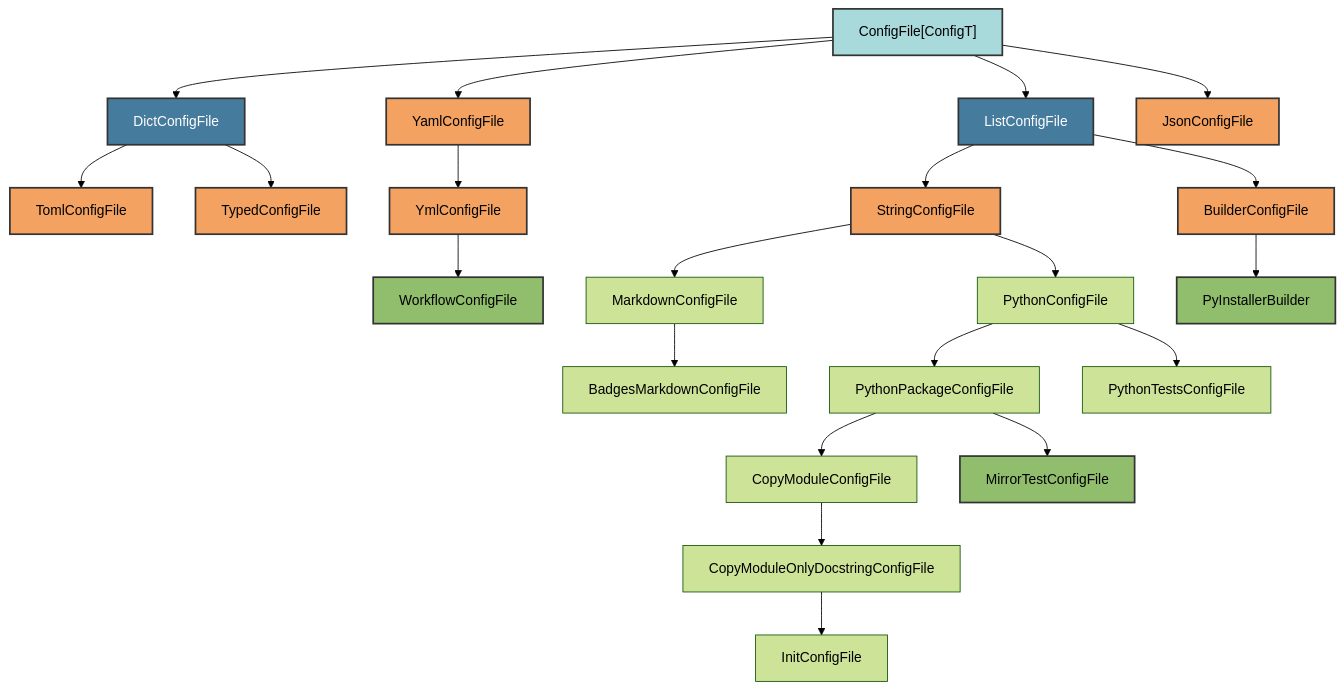
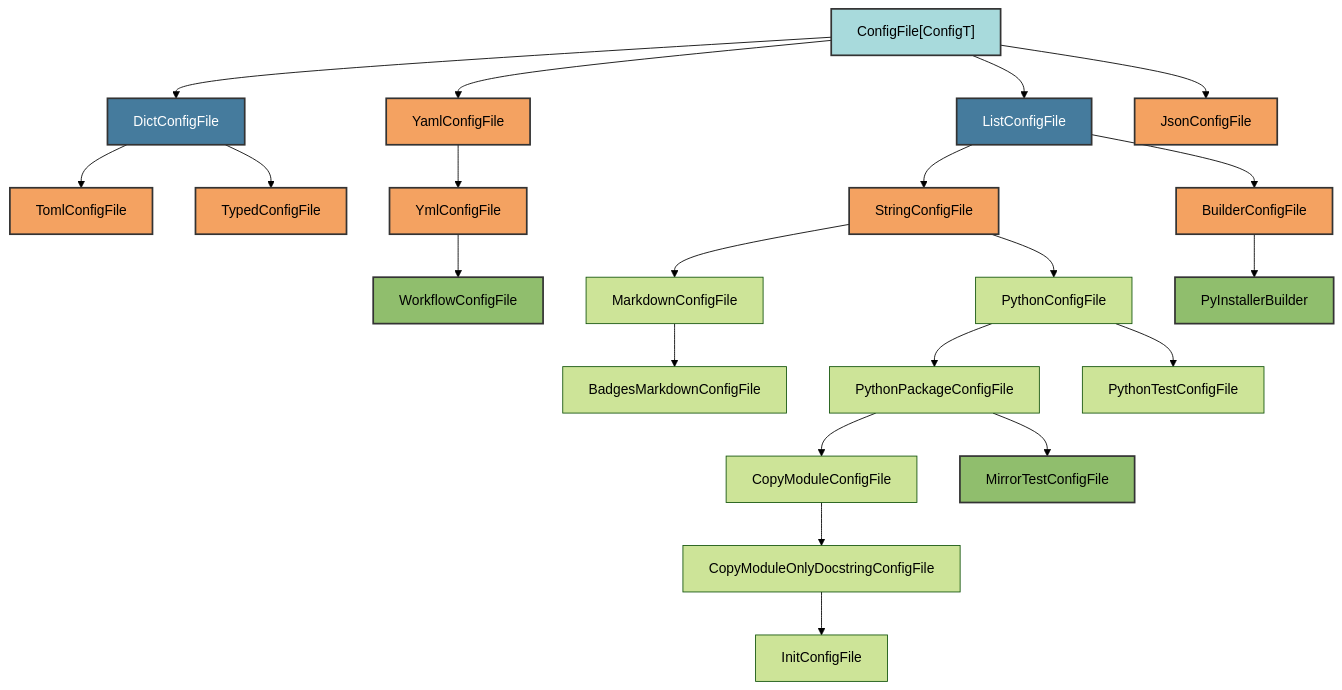
One commit to Winipedia/pyrig changed the first of 3 diagrams in docs/configs/architecture.md. Above: the diagram before and after it, drawn with Mermaid (forest theme). The commit also changed 75 other files, not shown here.

````diff
--- a/docs/configs/architecture.md
+++ b/docs/configs/architecture.md
@@ -18,45 +18,45 @@
 ```mermaid
 graph TD
     A["ConfigFile[ConfigT]"] --> H[DictConfigFile]
     A --> I[ListConfigFile]
     A --> B[YamlConfigFile]
     A --> F[JsonConfigFile]
 
     H --> C[TomlConfigFile]
     H --> E[TypedConfigFile]
 
     I --> D[StringConfigFile]
     I --> G[BuilderConfigFile]
 
     B --> B1[YmlConfigFile]
     B1 --> B2[WorkflowConfigFile]
 
     D --> D1[MarkdownConfigFile]
     D --> D2[PythonConfigFile]
 
     D1 --> D1A[BadgesMarkdownConfigFile]
 
     D2 --> D2A[PythonPackageConfigFile]
-    D2 --> D2B[PythonTestsConfigFile]
+    D2 --> D2B[PythonTestConfigFile]
 
     D2A --> D2A1[CopyModuleConfigFile]
     D2A --> D2A2[MirrorTestConfigFile]
     D2A1 --> D2A1A[CopyModuleOnlyDocstringConfigFile]
     D2A1A --> D2A1A1[InitConfigFile]
 
     G --> G1[PyInstallerBuilder]
 
     style A fill:#a8dadc,stroke:#333,stroke-width:2px,color:#000
     style H fill:#457b9d,stroke:#333,stroke-width:2px,color:#fff
     style I fill:#457b9d,stroke:#333,stroke-width:2px,color:#fff
     style B fill:#f4a261,stroke:#333,stroke-width:2px,color:#000
     style C fill:#f4a261,stroke:#333,stroke-width:2px,color:#000
     style D fill:#f4a261,stroke:#333,stroke-width:2px,color:#000
     style E fill:#f4a261,stroke:#333,stroke-width:2px,color:#000
     style F fill:#f4a261,stroke:#333,stroke-width:2px,color:#000
     style G fill:#f4a261,stroke:#333,stroke-width:2px,color:#000
     style B1 fill:#f4a261,stroke:#333,stroke-width:2px,color:#000
     style B2 fill:#90be6d,stroke:#333,stroke-width:2px,color:#000
     style D2A2 fill:#90be6d,stroke:#333,stroke-width:2px,color:#000
     style G1 fill:#90be6d,stroke:#333,stroke-width:2px,color:#000
 ```
````
